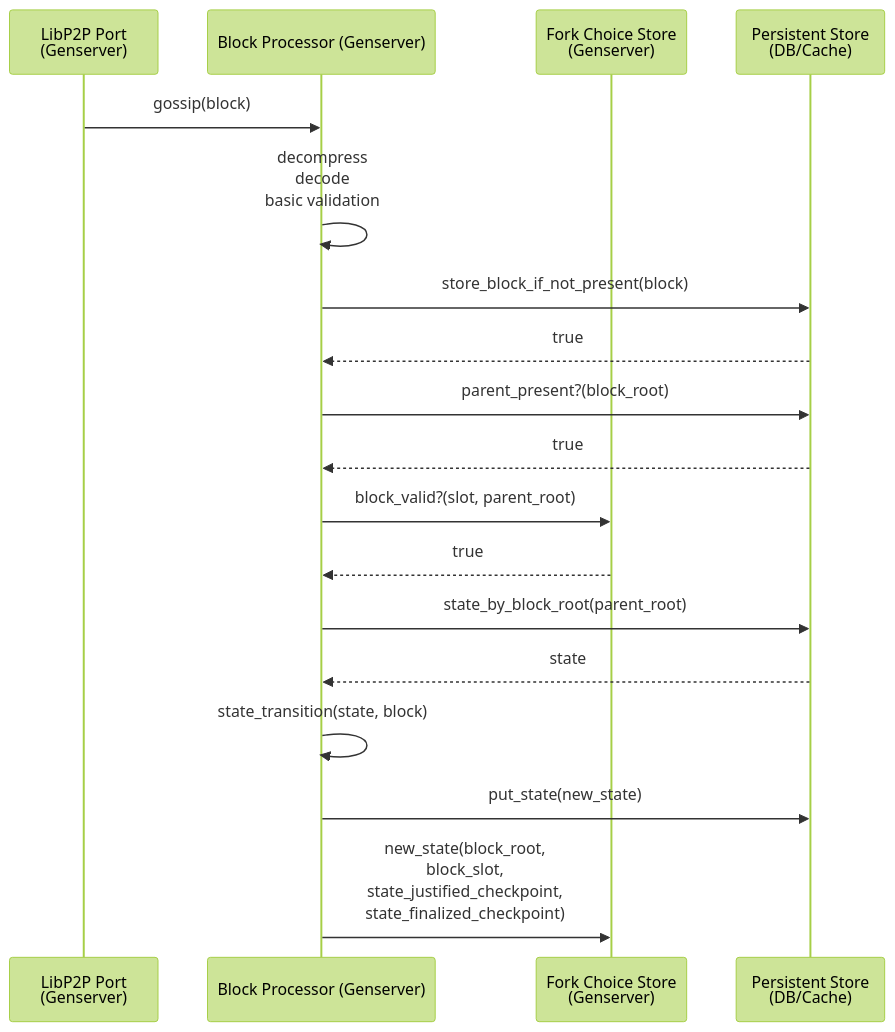
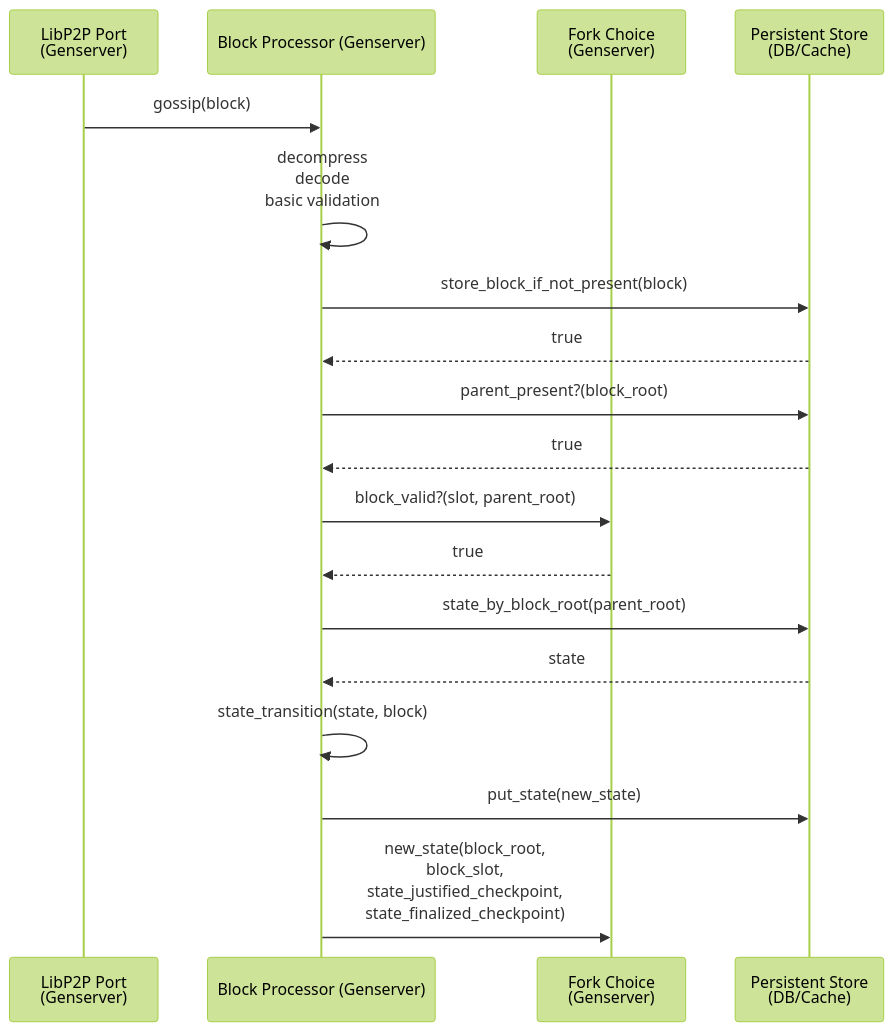
One commit to lambdaclass/lambda_ethereum_consensus changed the fourth of 5 diagrams in docs/concurrency_design.md. Above: the diagram before and after it, drawn with Mermaid (forest theme). The commit also changed other lines of this file, not shown here.

````diff
--- a/docs/concurrency_design.md
+++ b/docs/concurrency_design.md
@@ -157,22 +157,22 @@
 ```mermaid
 sequenceDiagram
 
 participant port as LibP2P Port <br> (Genserver)
 participant bp as Block Processor (Genserver)
-participant store as Fork Choice Store <br> (Genserver)
+participant store as Fork Choice <br> (Genserver)
 participant db as Persistent Store <br> (DB/Cache)
 
 port ->> bp: gossip(block)
 bp ->> bp: decompress <br> decode <br> basic validation
 bp ->> db: store_block_if_not_present(block)
 db -->> bp: true
 bp ->> db: parent_present?(block_root)
 db -->> bp: true
 bp ->> store: block_valid?(slot, parent_root)
 store -->> bp: true
 bp ->> db: state_by_block_root(parent_root)
 db -->> bp: state
 bp ->> bp: state_transition(state, block)
 bp ->> db: put_state(new_state)
 bp ->> store: new_state(block_root,<br> block_slot,<br>state_justified_checkpoint,<br>state_finalized_checkpoint)
 ```
````
